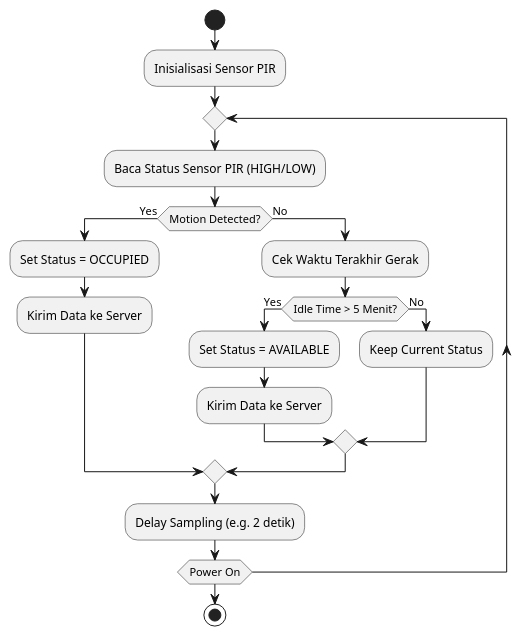
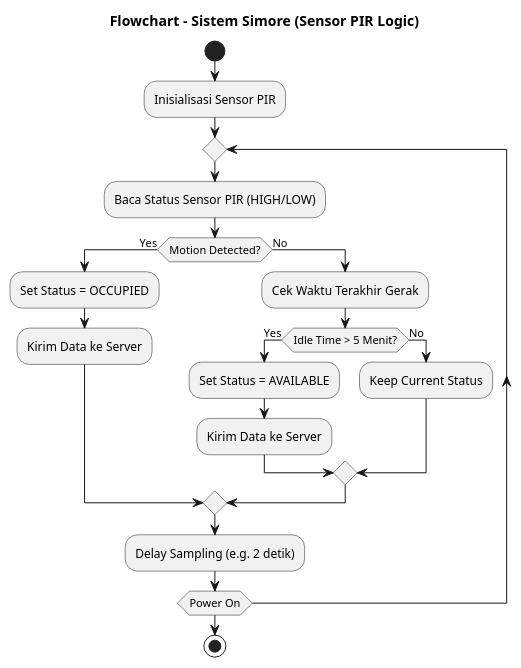
The diagram in FlowChart.puml (A-PPAW-TI503P-2025/PROJECT_KELOMPOK5_HUMAN-BODY), drawn with PlantUML before and after one commit. The commit also changed 4 other files, not shown here.

Commit message:
Menambahkan Title pada diagram

```diff
--- a/FlowChart.puml
+++ b/FlowChart.puml
@@ -1,25 +1,27 @@
 @startuml
+title Flowchart - Sistem Simore (Sensor PIR Logic)
+
 start
 :Inisialisasi Sensor PIR;
 
 repeat
   :Baca Status Sensor PIR (HIGH/LOW);
   
   if (Motion Detected?) then (Yes)
     :Set Status = OCCUPIED;
     :Kirim Data ke Server;
   else (No)
     :Cek Waktu Terakhir Gerak;
     if (Idle Time > 5 Menit?) then (Yes)
         :Set Status = AVAILABLE;
         :Kirim Data ke Server;
     else (No)
         :Keep Current Status;
     endif
   endif
   
   :Delay Sampling (e.g. 2 detik);
 repeat while (Power On)
 
 stop
 @enduml
```
